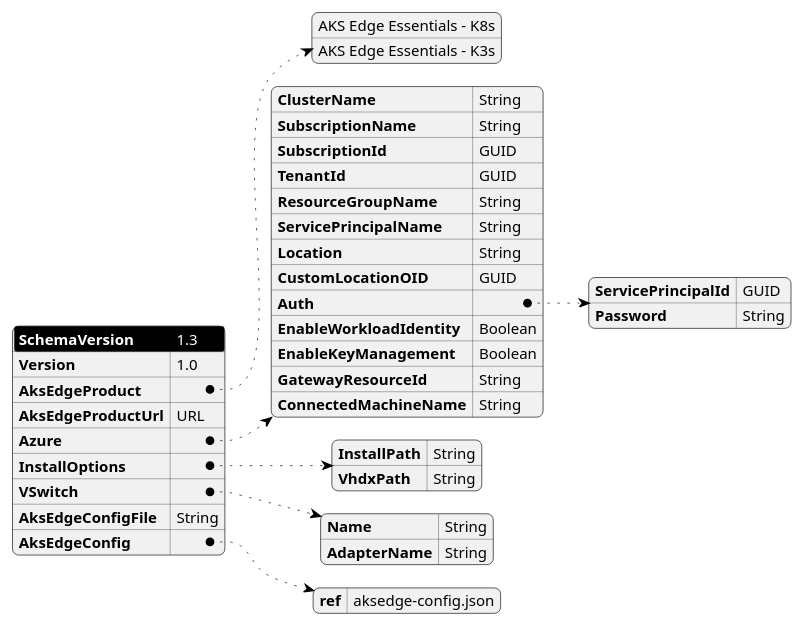
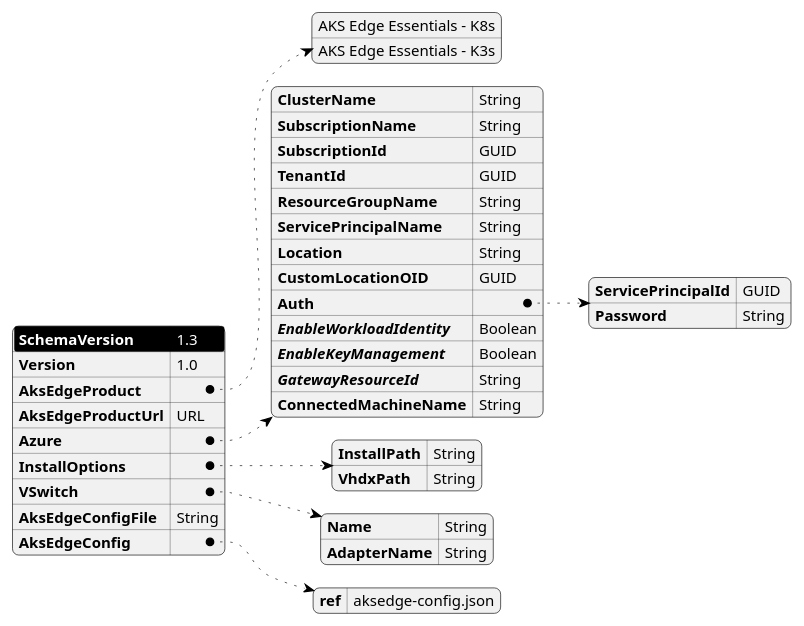
The diagram in tools/modules/AksEdgeDeploy/aide-userconfig.puml (Azure/AKS-Edge), drawn with PlantUML before and after one commit. The commit also changed 1 other file, not shown here.

Commit message:
update schema picture

```diff
--- a/tools/modules/AksEdgeDeploy/aide-userconfig.puml
+++ b/tools/modules/AksEdgeDeploy/aide-userconfig.puml
@@ -1,65 +1,65 @@
 @startjson AksEdgeDeploy
 <style>
 jsonDiagram {
     node {
         FontSize 12
         RoundCorner 10
         LineThickness 0.5
         separator {
             LineThickness 0.25
         }
     }
     arrow {
         LineThickness 0.5
         LineStyle 2,6
     }
     highlight {
         BackgroundColor black
         FontColor White
     }
 }
 </style>
 #highlight "SchemaVersion"
 {
     "SchemaVersion":"1.3",
     "Version":"1.0",
     "AksEdgeProduct" : [
                 "AKS Edge Essentials - K8s",
                 "AKS Edge Essentials - K3s"
             ],
     "AksEdgeProductUrl" : "URL",
     "Azure":{
         "ClusterName":"String",
         "SubscriptionName":"String",
         "SubscriptionId": "GUID",
         "TenantId":"GUID",
         "ResourceGroupName": "String",
         "ServicePrincipalName" : "String",
         "Location" : "String",
         "CustomLocationOID":"GUID",
         "Auth": {
             "ServicePrincipalId" : "GUID",
             "Password" : "String"
         },
-        "EnableWorkloadIdentity" : "Boolean",
-        "EnableKeyManagement" : "Boolean",
-        "GatewayResourceId": "String",
+        "//EnableWorkloadIdentity//" : "Boolean",
+        "//EnableKeyManagement//" : "Boolean",
+        "//GatewayResourceId//": "String",
         "ConnectedMachineName": "String"
     }
     ,
     "InstallOptions":{
         "InstallPath":"String",
         "VhdxPath":"String"
     }
     ,
     "VSwitch": {
         "Name": "String",
         "AdapterName": "String"
     }
     ,
     "AksEdgeConfigFile":"String",
     "AksEdgeConfig":{
         "ref" :"aksedge-config.json"
     }
 }
 @endjson
```
